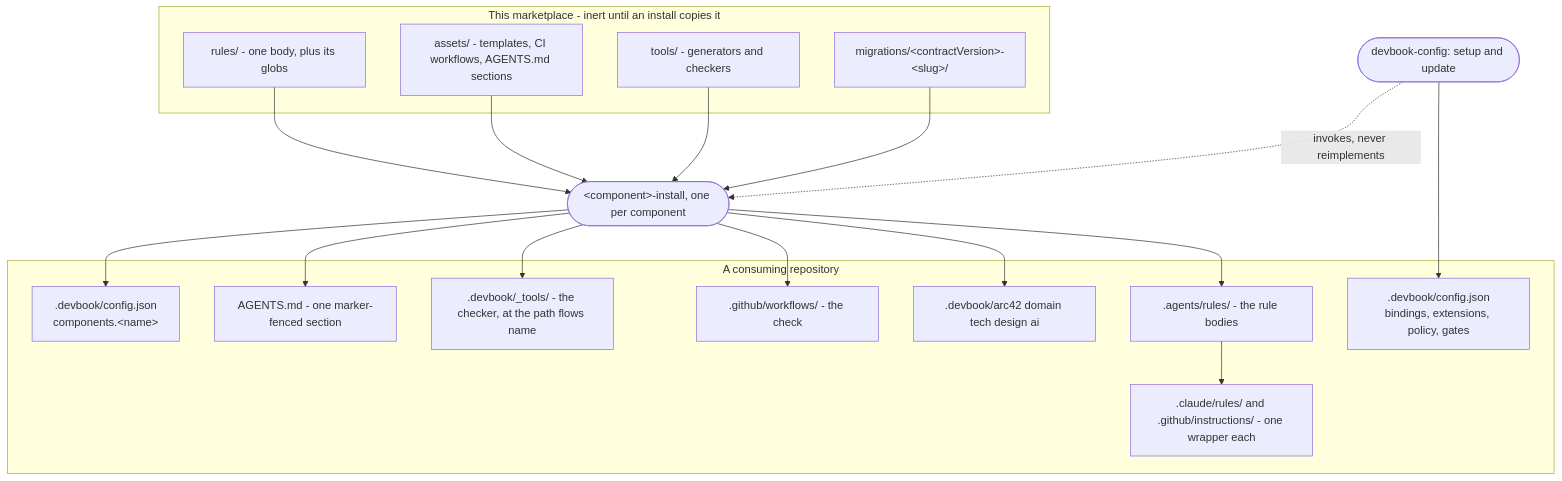
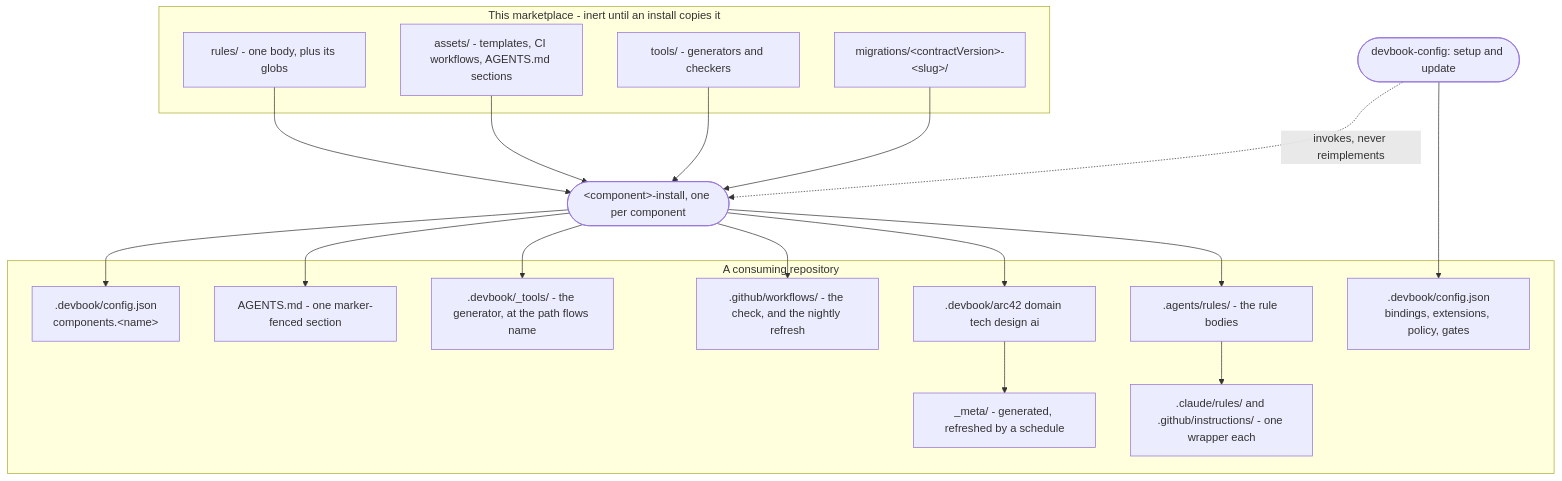
One commit to JSdotNet/devbook changed the third of 3 diagrams in .devbook/arc42/05-building-block-view.md. Above: the diagram before and after it, drawn with Mermaid. The commit also changed other lines of this file and 75 other files, not shown here.

````diff
--- a/.devbook/arc42/05-building-block-view.md
+++ b/.devbook/arc42/05-building-block-view.md
@@ -198,37 +198,39 @@
 ```mermaid
 flowchart TB
     subgraph mp["This marketplace - inert until an install copies it"]
         pr["rules/ - one body, plus its globs"]
         pa["assets/ - templates, CI workflows, AGENTS.md sections"]
         pt["tools/ - generators and checkers"]
         pm["migrations/&lt;contractVersion&gt;-&lt;slug&gt;/"]
     end
 
     setup(["devbook-config: setup and update"])
     inst(["&lt;component&gt;-install, one per component"])
 
     subgraph repo["A consuming repository"]
         ar[".agents/rules/ - the rule bodies"]
         cw[".claude/rules/ and .github/instructions/ - one wrapper each"]
         folders[".devbook/arc42 domain tech design ai"]
-        wf[".github/workflows/ - the check"]
-        tools[".devbook/_tools/ - the checker, at the path flows name"]
+        meta["_meta/ - generated, refreshed by a schedule"]
+        wf[".github/workflows/ - the check, and the nightly refresh"]
+        tools[".devbook/_tools/ - the generator, at the path flows name"]
         agents["AGENTS.md - one marker-fenced section"]
         cfgE[".devbook/config.json<br/>bindings, extensions, policy, gates"]
         cfgC[".devbook/config.json<br/>components.&lt;name&gt;"]
     end
 
     pr --> inst
     pa --> inst
     pt --> inst
     pm --> inst
     inst --> ar
     ar --> cw
     inst --> folders
     inst --> wf
     inst --> tools
     inst --> agents
     inst --> cfgC
     setup --> cfgE
     setup -.->|"invokes, never reimplements"| inst
+    folders --> meta
 ```
````
